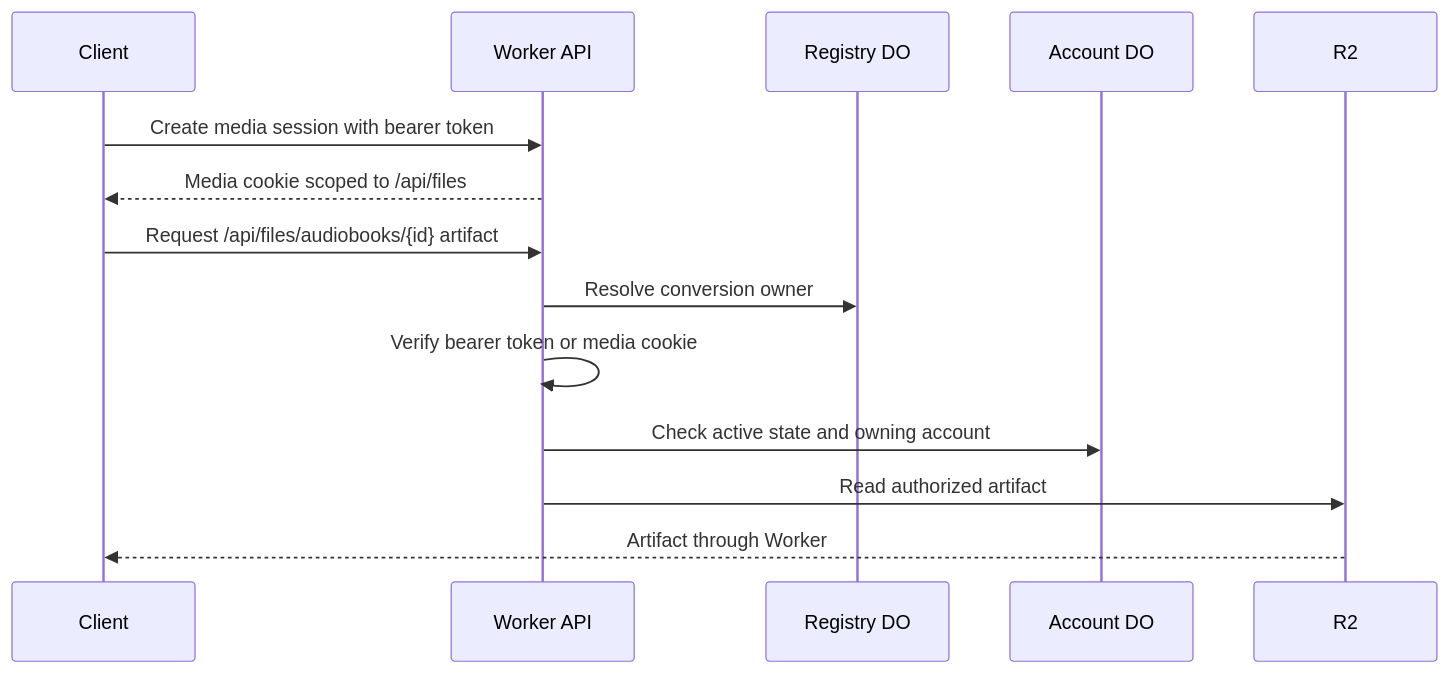
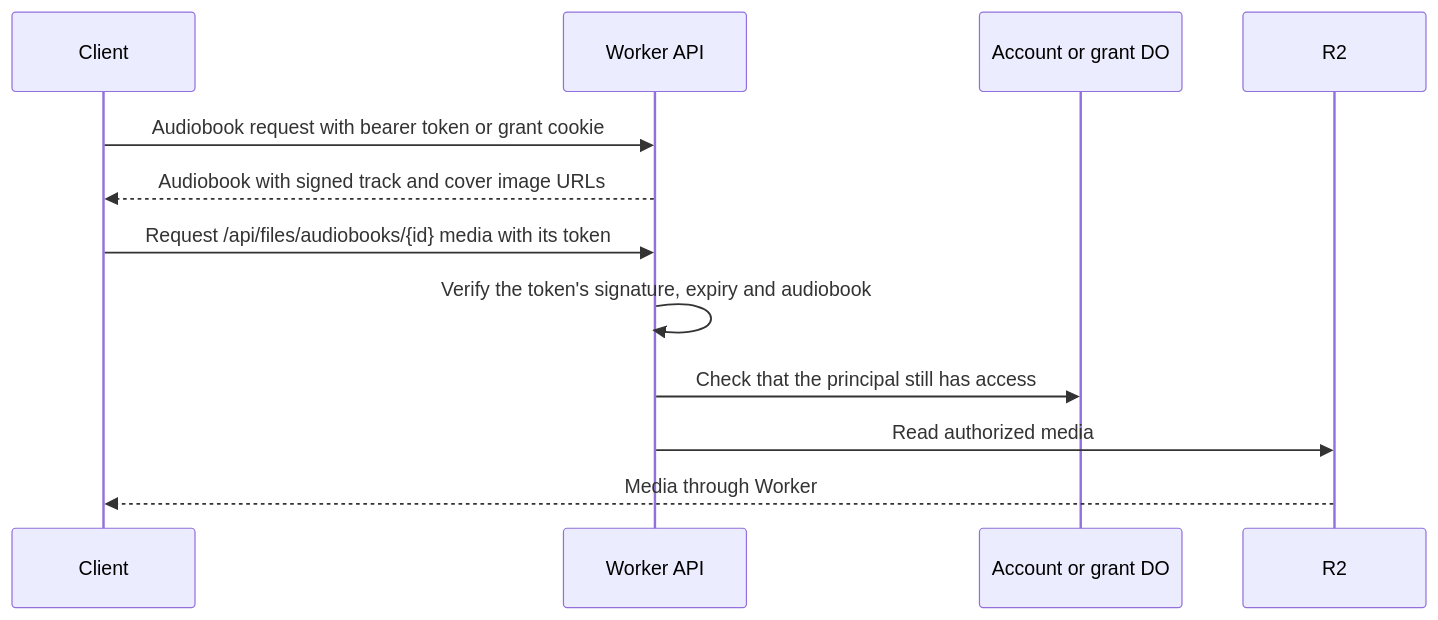
One commit to patricktree/cup changed the third of 3 diagrams in docs/architecture/authentication.md. Above: the diagram before and after it, drawn with Mermaid. The commit also changed other lines of this file and 116 other files, not shown here.

First line of the commit message:
feat(media): serve one narration track and play it with a single audio element (#73)

````diff
--- a/docs/architecture/authentication.md
+++ b/docs/architecture/authentication.md
@@ -101,16 +100,14 @@
 ```mermaid
 sequenceDiagram
     participant Client
     participant API as Worker API
-    participant Registry as Registry DO
-    participant Account as Account DO
+    participant Owner as Account or grant DO
     participant R2
-    Client->>API: Create media session with bearer token
-    API-->>Client: Media cookie scoped to /api/files
-    Client->>API: Request /api/files/audiobooks/{id} artifact
-    API->>Registry: Resolve conversion owner
-    API->>API: Verify bearer token or media cookie
-    API->>Account: Check active state and owning account
-    API->>R2: Read authorized artifact
-    R2-->>Client: Artifact through Worker
+    Client->>API: Audiobook request with bearer token or grant cookie
+    API-->>Client: Audiobook with signed track and cover image URLs
+    Client->>API: Request /api/files/audiobooks/{id} media with its token
+    API->>API: Verify the token's signature, expiry and audiobook
+    API->>Owner: Check that the principal still has access
+    API->>R2: Read authorized media
+    R2-->>Client: Media through Worker
 ```
````
